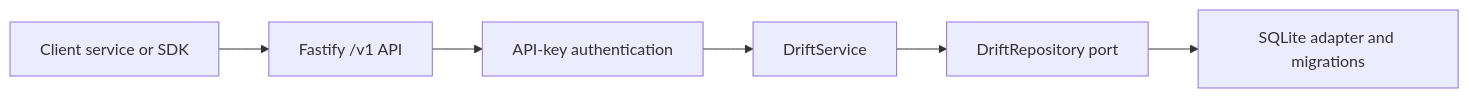
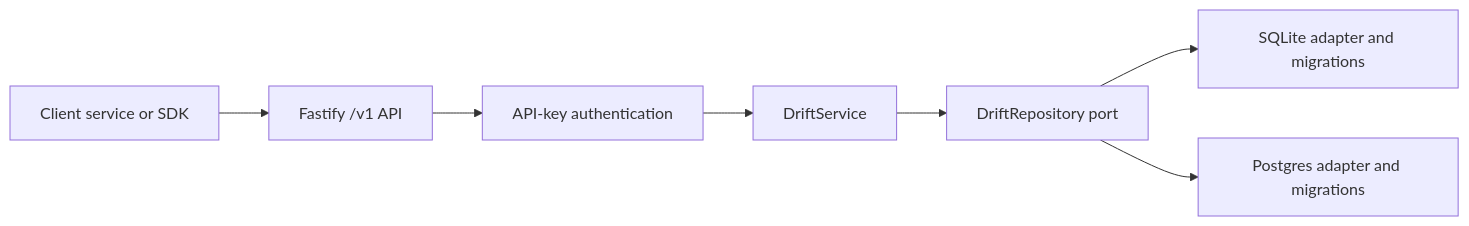
Before and after one commit to Grey-Harbor/drift: the diagram in ARCHITECTURE.md, drawn with Mermaid. The commit also changed other lines of this file and 8 other files, not shown here.

````diff
--- a/ARCHITECTURE.md
+++ b/ARCHITECTURE.md
@@ -11,8 +11,9 @@
 ```mermaid
 flowchart LR
   Client["Client service or SDK"] --> API["Fastify /v1 API"]
   API --> Auth["API-key authentication"]
   Auth --> Service["DriftService"]
   Service --> Port["DriftRepository port"]
   Port --> SQLite["SQLite adapter and migrations"]
+  Port --> Postgres["Postgres adapter and migrations"]
 ```
````
